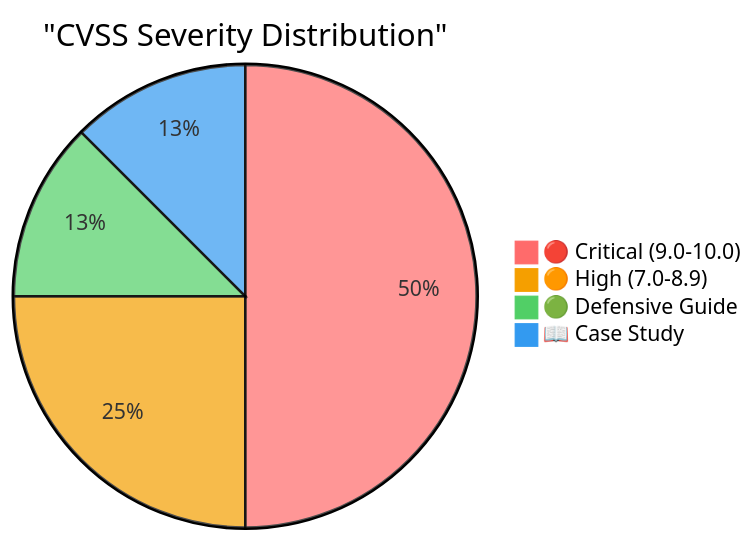
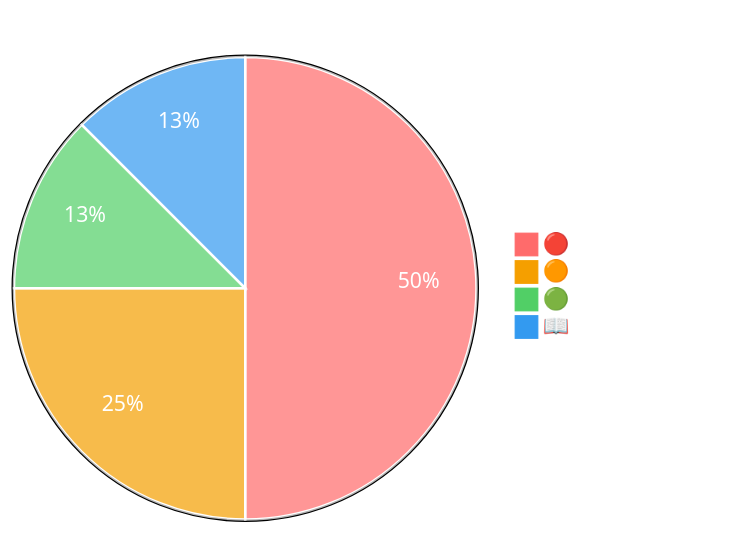
The second of 7 diagrams in README.md (mizazhaider-ceh/Web-Security-Google-Dorking), drawn with Mermaid before and after one commit. The commit also changed other lines of this file, not shown here.

````diff
--- a/README.md
+++ b/README.md
@@ -66,8 +66,8 @@
 ```mermaid
-%%{init: {'theme':'default', 'themeVariables': { 'background':'#ffffff','mainBkg':'#ffffff','secondaryBkg':'#ffffff','tertiaryBkg':'#ffffff','pie1':'#ff6b6b', 'pie2':'#f59f00', 'pie3':'#51cf66', 'pie4':'#339af0'}}}%%
+%%{init: {'theme':'default', 'themeVariables': { 'background':'#ffffff','mainBkg':'#ffffff','secondaryBkg':'#ffffff','tertiaryBkg':'#ffffff','pie1':'#ff6b6b', 'pie2':'#f59f00', 'pie3':'#51cf66', 'pie4':'#339af0','pieTitleTextColor':'#ffffff','pieTitleTextSize':'20px','pieLegendTextColor':'#ffffff','pieSectionTextColor':'#ffffff','pieStrokeColor':'#ffffff'}}}%%
 pie title "CVSS Severity Distribution"
     "🔴 Critical (9.0-10.0)" : 4
     "🟠 High (7.0-8.9)" : 2
     "🟢 Defensive Guide" : 1
     "📖 Case Study" : 1
 ```
````
